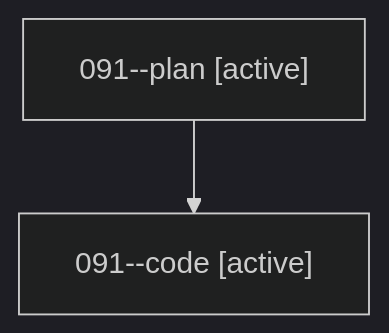
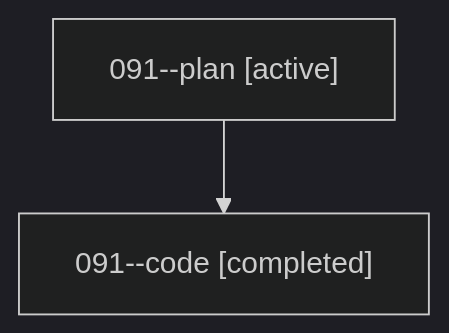
Before and after one commit to bobs-org/bob-cli--agents: the diagram in sessions/bbugyi200.athena.091.md, drawn with Mermaid (dark theme). The commit also changed other lines of this file and 29 other files, not shown here.

````diff
--- a/sessions/bbugyi200.athena.091.md
+++ b/sessions/bbugyi200.athena.091.md
@@ -9,6 +9,6 @@
 ```mermaid
 flowchart TD
   n0["091--plan [active]"]
-  n1["091--code [active]"]
+  n1["091--code [completed]"]
   n0 --> n1
 ```
````
